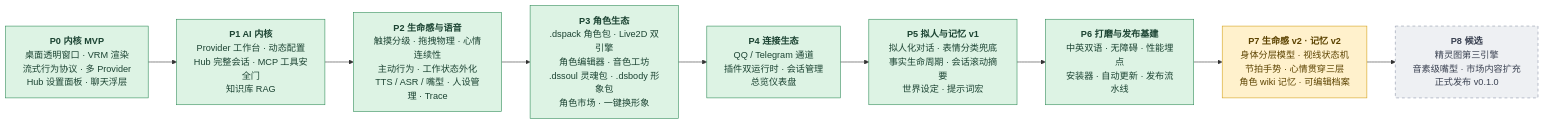
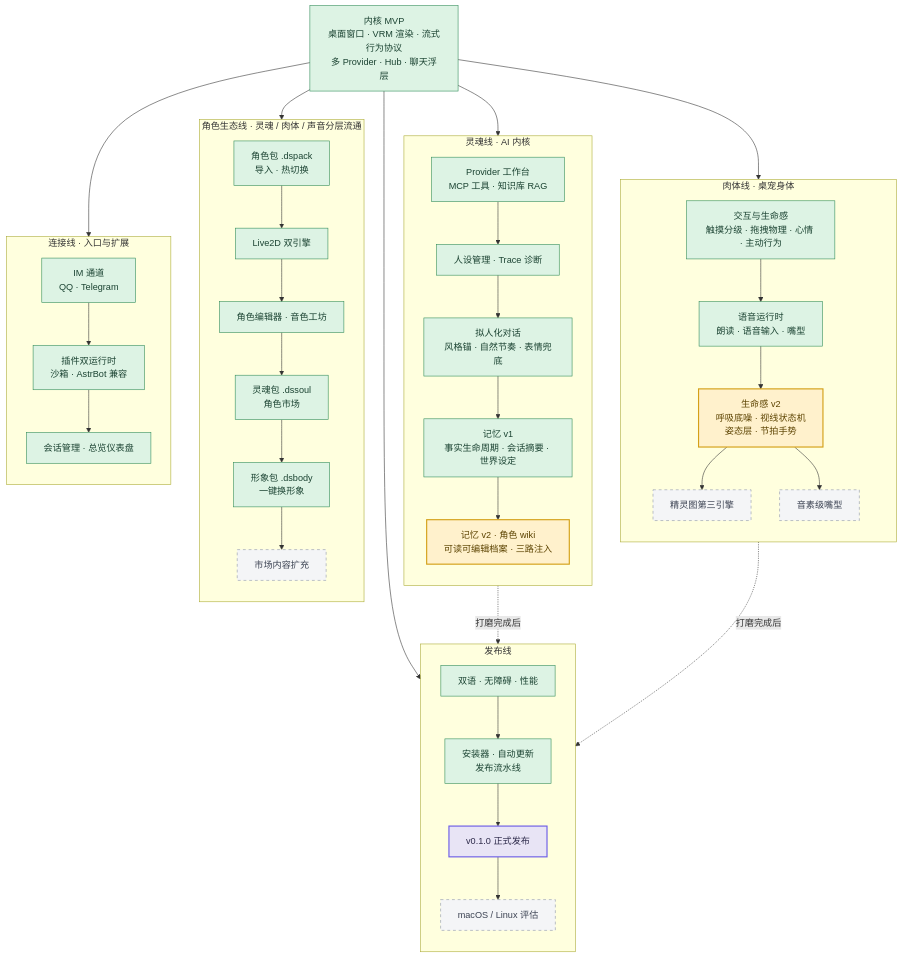
One commit to Furina-he/OpenPet changed the second of 2 diagrams in README.md. Above: the diagram before and after it, drawn with Mermaid. The commit also changed other lines of this file, not shown here.

Commit message:
docs(readme): Roadmap 改为五线并行树状图（肉体/灵魂/角色生态/连接/发布 → 发布门），去掉明细表

````diff
--- a/README.md
+++ b/README.md
@@ -149,18 +146,67 @@
 ```mermaid
-flowchart LR
+flowchart TB
   classDef done fill:#DDF3E4,stroke:#2E8B57,color:#1B4332
-  classDef active fill:#FFF1CC,stroke:#D4A017,color:#5C4300
-  classDef plan fill:#EEF0F3,stroke:#8A94A6,color:#3B4252,stroke-dasharray: 5 5
+  classDef active fill:#FFF1CC,stroke:#D4A017,color:#5C4300,stroke-width:2px
+  classDef plan fill:#F4F5F7,stroke:#8A94A6,color:#3B4252,stroke-dasharray: 5 5
+  classDef gate fill:#E8E4F5,stroke:#6C5CE7,color:#2D2A4A,stroke-width:2px
 
-  P0["<b>P0 内核 MVP</b><br/>桌面透明窗口 · VRM 渲染<br/>流式行为协议 · 多 Provider<br/>Hub 设置面板 · 聊天浮层"]:::done
-  P1["<b>P1 AI 内核</b><br/>Provider 工作台 · 动态配置<br/>Hub 完整会话 · MCP 工具安全门<br/>知识库 RAG"]:::done
-  P2["<b>P2 生命感与语音</b><br/>触摸分级 · 拖拽物理 · 心情连续性<br/>主动行为 · 工作状态外化<br/>TTS / ASR / 嘴型 · 人设管理 · Trace"]:::done
-  P3["<b>P3 角色生态</b><br/>.dspack 角色包 · Live2D 双引擎<br/>角色编辑器 · 音色工坊<br/>.dssoul 灵魂包 · .dsbody 形象包<br/>角色市场 · 一键换形象"]:::done
-  P4["<b>P4 连接生态</b><br/>QQ / Telegram 通道<br/>插件双运行时 · 会话管理<br/>总览仪表盘"]:::done
-  P5["<b>P5 拟人与记忆 v1</b><br/>拟人化对话 · 表情分类兜底<br/>事实生命周期 · 会话滚动摘要<br/>世界设定 · 提示词宏"]:::done
-  P6["<b>P6 打磨与发布基建</b><br/>中英双语 · 无障碍 · 性能埋点<br/>安装器 · 自动更新 · 发布流水线"]:::done
-  P7["<b>P7 生命感 v2 · 记忆 v2</b><br/>身体分层模型 · 视线状态机<br/>节拍手势 · 心情贯穿三层<br/>角色 wiki 记忆 · 可编辑档案"]:::active
-  P8["<b>P8 候选</b><br/>精灵图第三引擎<br/>音素级嘴型 · 市场内容扩充<br/>正式发布 v0.1.0"]:::plan
+  MVP["内核 MVP<br/>桌面窗口 · VRM 渲染 · 流式行为协议<br/>多 Provider · Hub · 聊天浮层"]:::done
 
-  P0 --> P1 --> P2 --> P3 --> P4 --> P5 --> P6 --> P7 --> P8
+  subgraph BODY["肉体线 · 桌宠身体"]
+    direction TB
+    B1["交互与生命感<br/>触摸分级 · 拖拽物理 · 心情 · 主动行为"]:::done
+    B2["语音运行时<br/>朗读 · 语音输入 · 嘴型"]:::done
+    B3["生命感 v2<br/>呼吸底噪 · 视线状态机<br/>姿态层 · 节拍手势"]:::active
+    B4["精灵图第三引擎"]:::plan
+    B5["音素级嘴型"]:::plan
+    B1 --> B2 --> B3
+    B3 --> B4
+    B3 --> B5
+  end
+
+  subgraph SOUL["灵魂线 · AI 内核"]
+    direction TB
+    S1["Provider 工作台<br/>MCP 工具 · 知识库 RAG"]:::done
+    S2["人设管理 · Trace 诊断"]:::done
+    S3["拟人化对话<br/>风格锚 · 自然节奏 · 表情兜底"]:::done
+    S4["记忆 v1<br/>事实生命周期 · 会话摘要 · 世界设定"]:::done
+    S5["记忆 v2 · 角色 wiki<br/>可读可编辑档案 · 三路注入"]:::active
+    S1 --> S2 --> S3 --> S4 --> S5
+  end
+
+  subgraph ECO["角色生态线 · 灵魂 / 肉体 / 声音分层流通"]
+    direction TB
+    E1["角色包 .dspack<br/>导入 · 热切换"]:::done
+    E2["Live2D 双引擎"]:::done
+    E3["角色编辑器 · 音色工坊"]:::done
+    E4["灵魂包 .dssoul<br/>角色市场"]:::done
+    E5["形象包 .dsbody<br/>一键换形象"]:::done
+    E6["市场内容扩充"]:::plan
+    E1 --> E2 --> E3 --> E4 --> E5 --> E6
+  end
+
+  subgraph LINK["连接线 · 入口与扩展"]
+    direction TB
+    L1["IM 通道<br/>QQ · Telegram"]:::done
+    L2["插件双运行时<br/>沙箱 · AstrBot 兼容"]:::done
+    L3["会话管理 · 总览仪表盘"]:::done
+    L1 --> L2 --> L3
+  end
+
+  subgraph SHIP["发布线"]
+    direction TB
+    R1["双语 · 无障碍 · 性能"]:::done
+    R2["安装器 · 自动更新<br/>发布流水线"]:::done
+    R3["v0.1.0 正式发布"]:::gate
+    R4["macOS / Linux 评估"]:::plan
+    R1 --> R2 --> R3 --> R4
+  end
+
+  MVP --> B1
+  MVP --> S1
+  MVP --> E1
+  MVP --> L1
+  MVP --> R1
+  B3 -.打磨完成后.-> R3
+  S5 -.打磨完成后.-> R3
 ```
````
